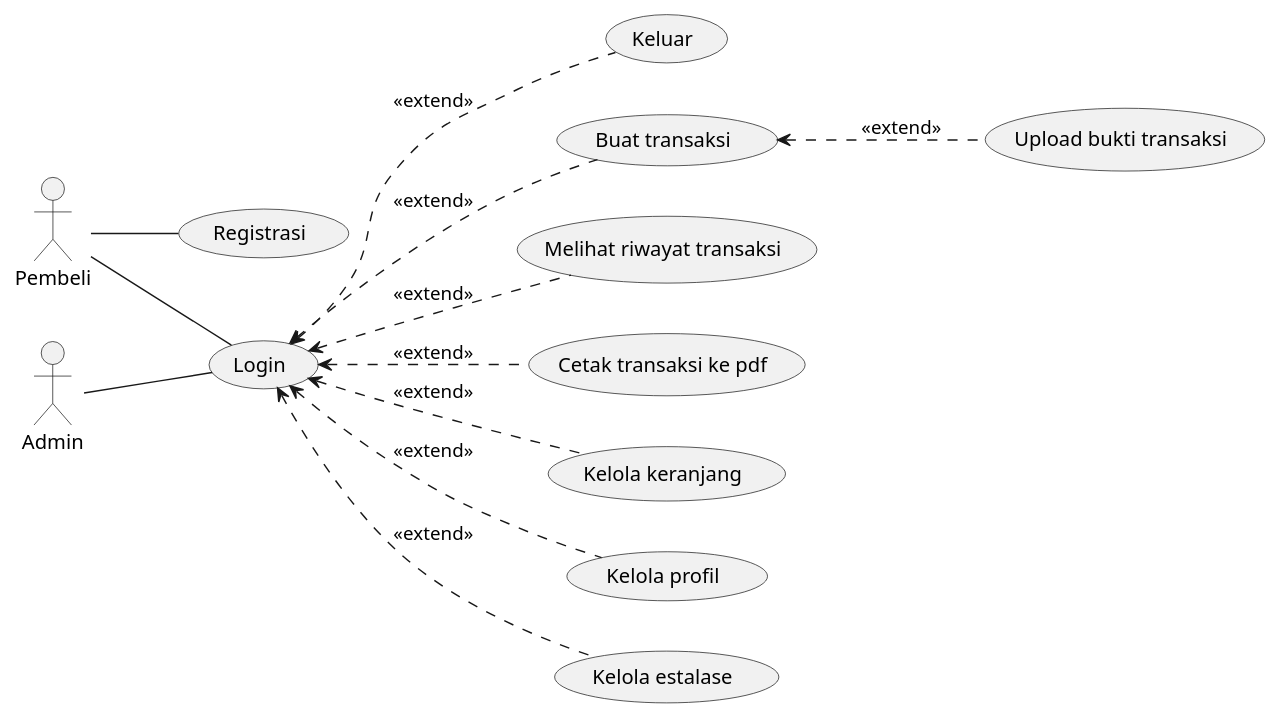
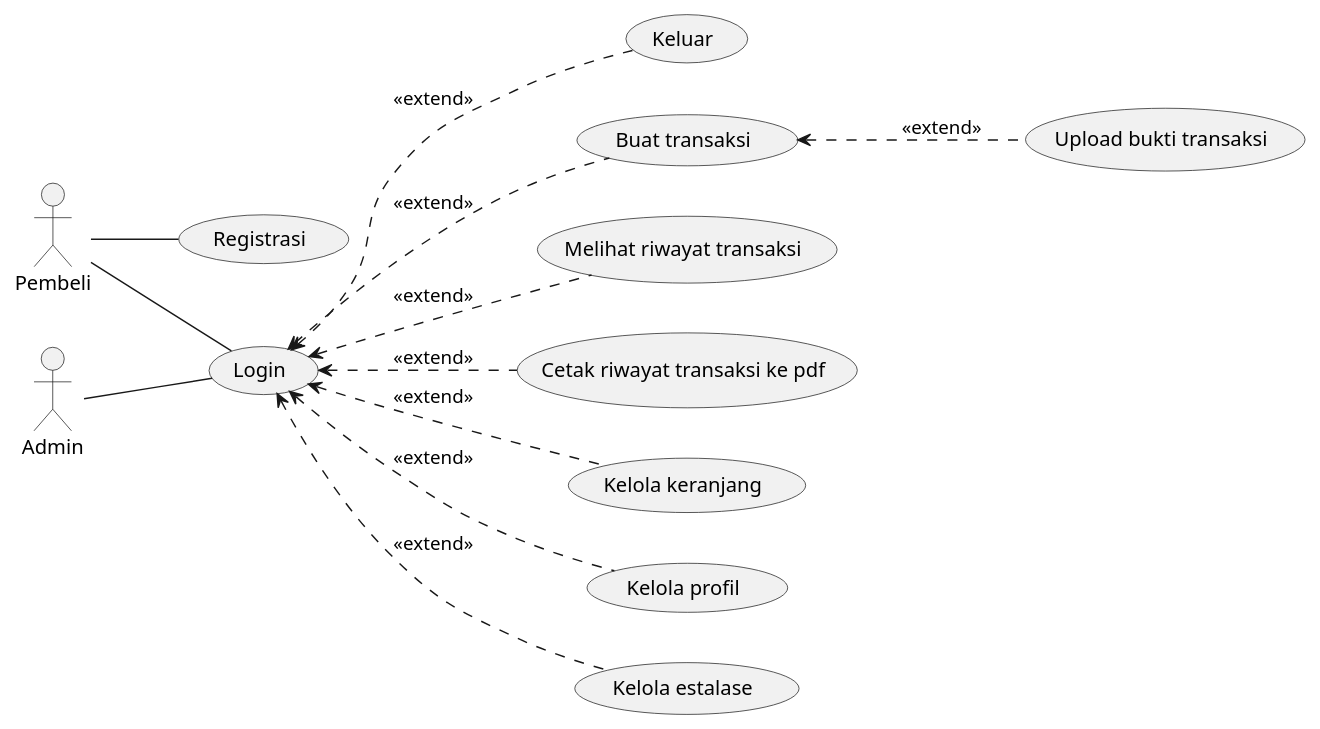
One commit to stnDinus/skpl_apbo_diagrams changed the diagram in use_case.puml. Above: the diagram before and after it, drawn with PlantUML.

Commit message:
feat: pdf_trx_history

```diff
--- a/use_case.puml
+++ b/use_case.puml
@@ -1,34 +1,34 @@
 @startuml
 left to right direction
 
 actor Pembeli as usr
 actor Admin as root
 
 (Login) as signin
 (Registrasi) as signup
 (Keluar) as signout
 (Buat transaksi) as trx
 (Upload bukti transaksi) as up_trx_receipt
 (Melihat riwayat transaksi) as trx_history
-(Cetak transaksi ke pdf) as pdf_trx
+(Cetak riwayat transaksi ke pdf) as pdf_trx_history
 (Kelola keranjang) as mng_cart
 (Kelola profil) as mng_profile
 (Kelola estalase) as stock
 
 usr -- signin
 usr -- signup
 
 root -- signin
 
 signin <.. trx: <<extend>>
 signin <.. trx_history: <<extend>>
-signin <.. pdf_trx: <<extend>>
+signin <.. pdf_trx_history: <<extend>>
 signin <.. mng_cart: <<extend>>
 signin <.. mng_profile: <<extend>>
 signin <.. signout: <<extend>>
 
 trx <.. up_trx_receipt: <<extend>>
 
 signin <.. stock: <<extend>>
 
 @enduml
```
